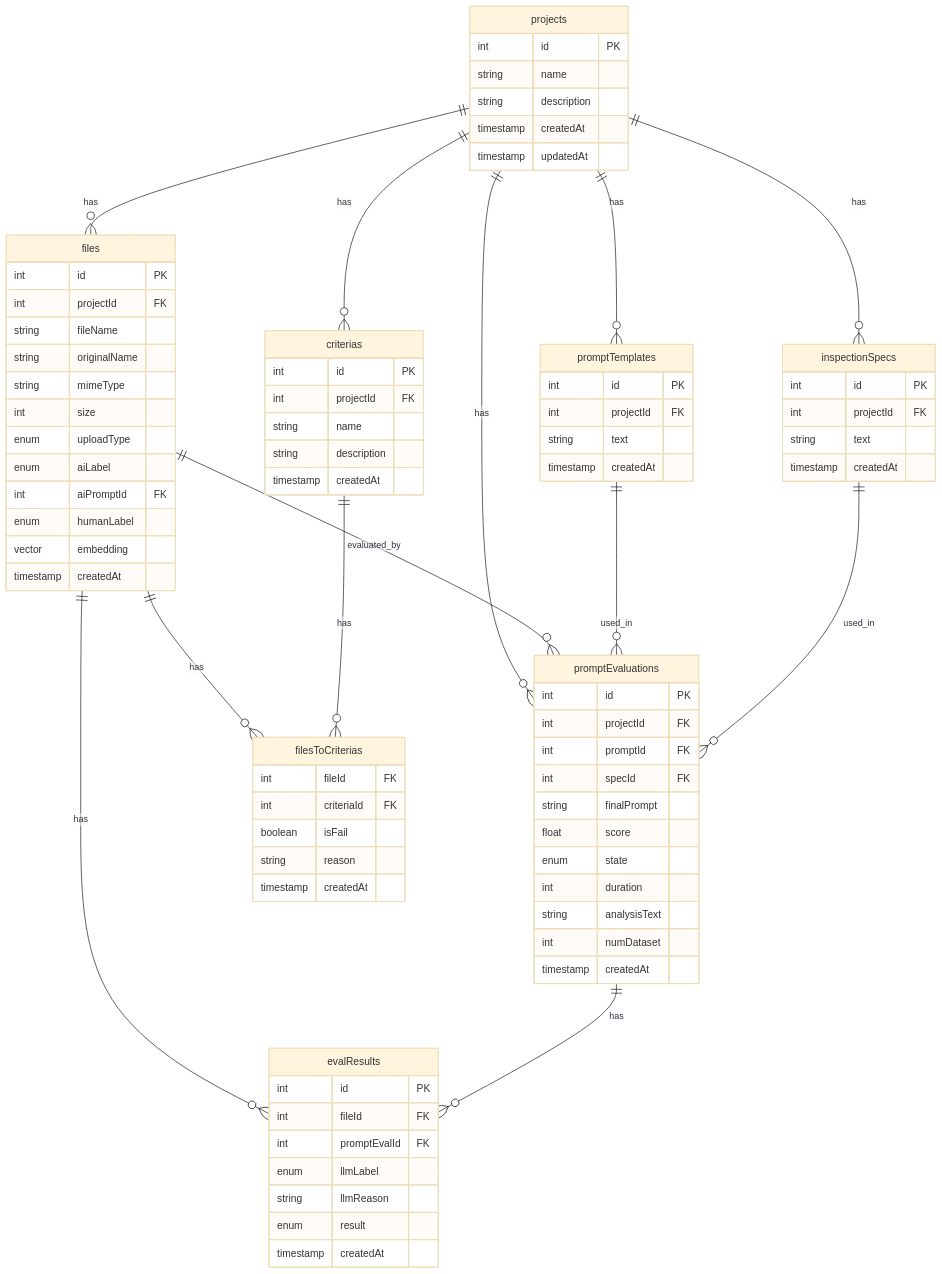
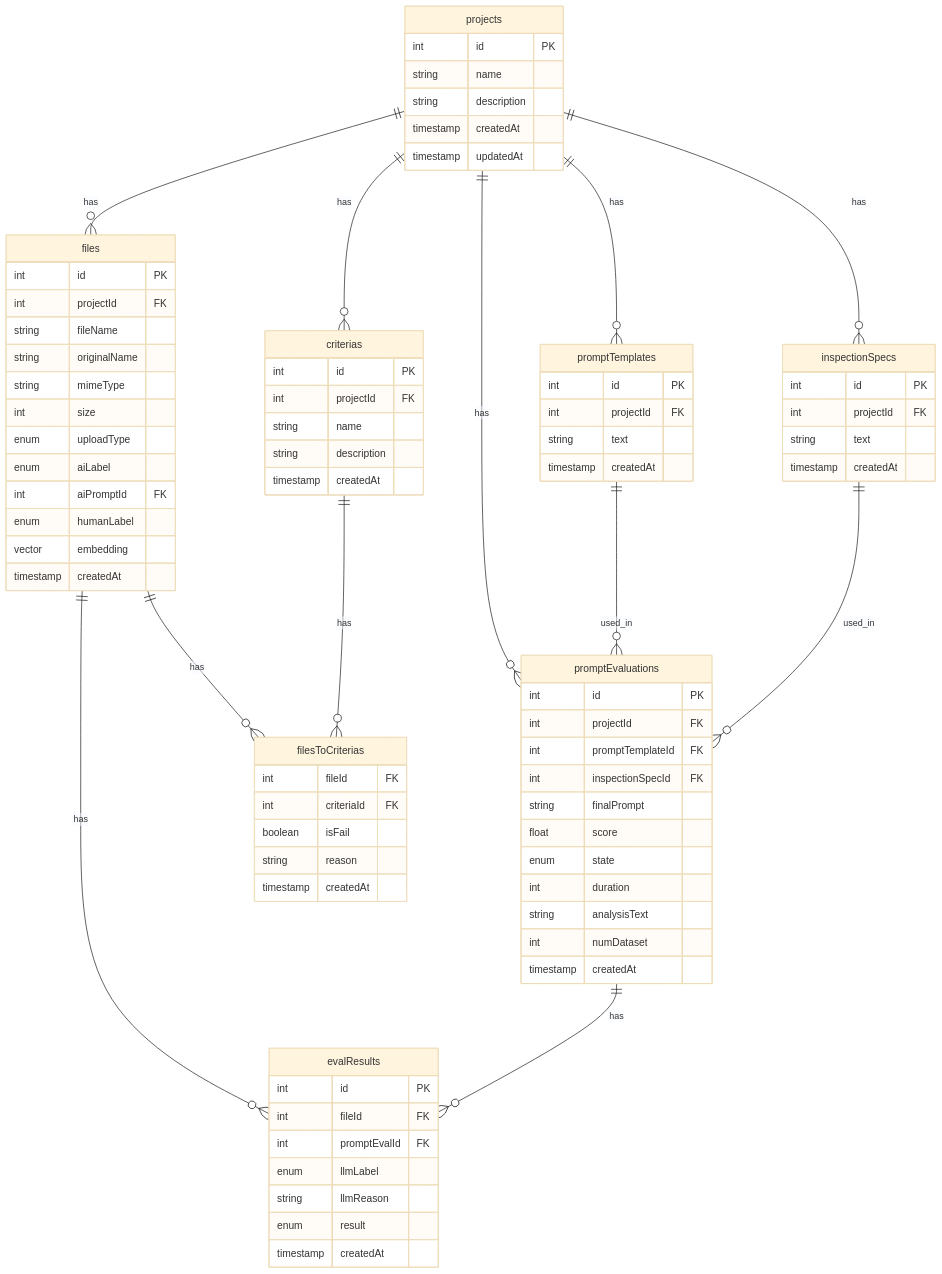
Before and after one commit to msrks/llmbox: the diagram in README.md, drawn with Mermaid (base theme). The commit also changed 1 other file, not shown here.

Commit message:
Update prompt evaluations schema and ER diagram
- Rename foreign key columns in prompt_evaluations table
- Update database schema relations to match new column names
- Remove unnecessary relationship in ER diagram
- Adjust column names for better semantic clarity

```diff
--- a/README.md
+++ b/README.md
@@ -53,7 +53,6 @@
 
     files ||--o{ filesToCriterias : "has"
     files ||--o{ evalResults : "has"
-    files ||--o{ promptEvaluations : "evaluated_by"
     files {
         int id PK
         int projectId FK
@@ -106,8 +105,8 @@
     promptEvaluations {
         int id PK
         int projectId FK
-        int promptId FK
-        int specId FK
+        int promptTemplateId FK
+        int inspectionSpecId FK
         string finalPrompt
         float score
         enum state
```
